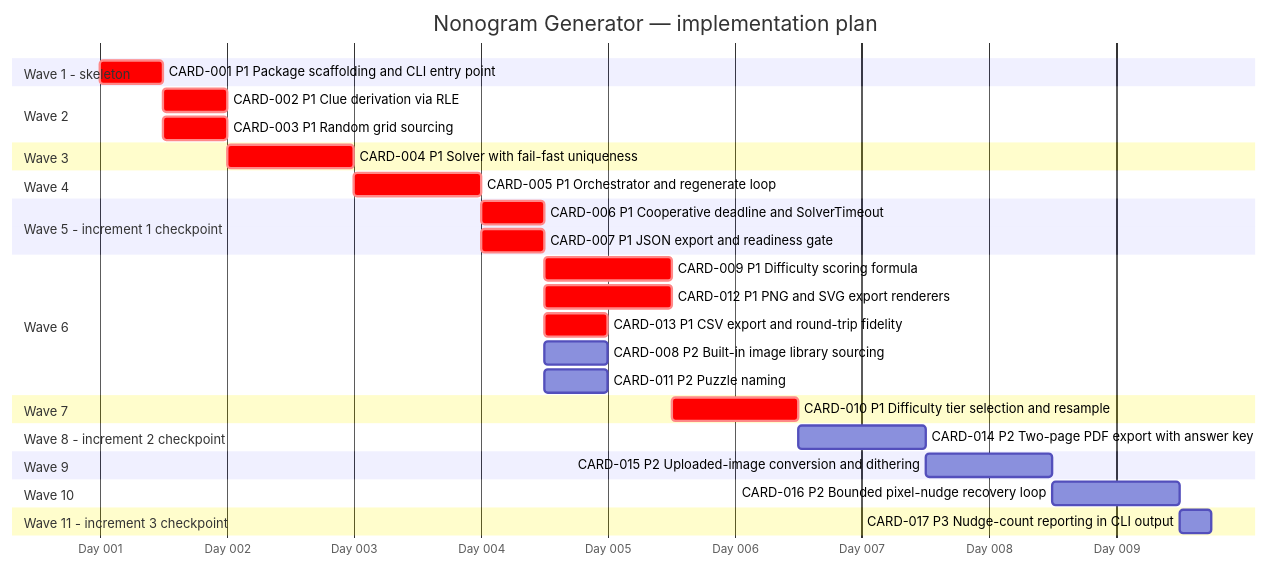
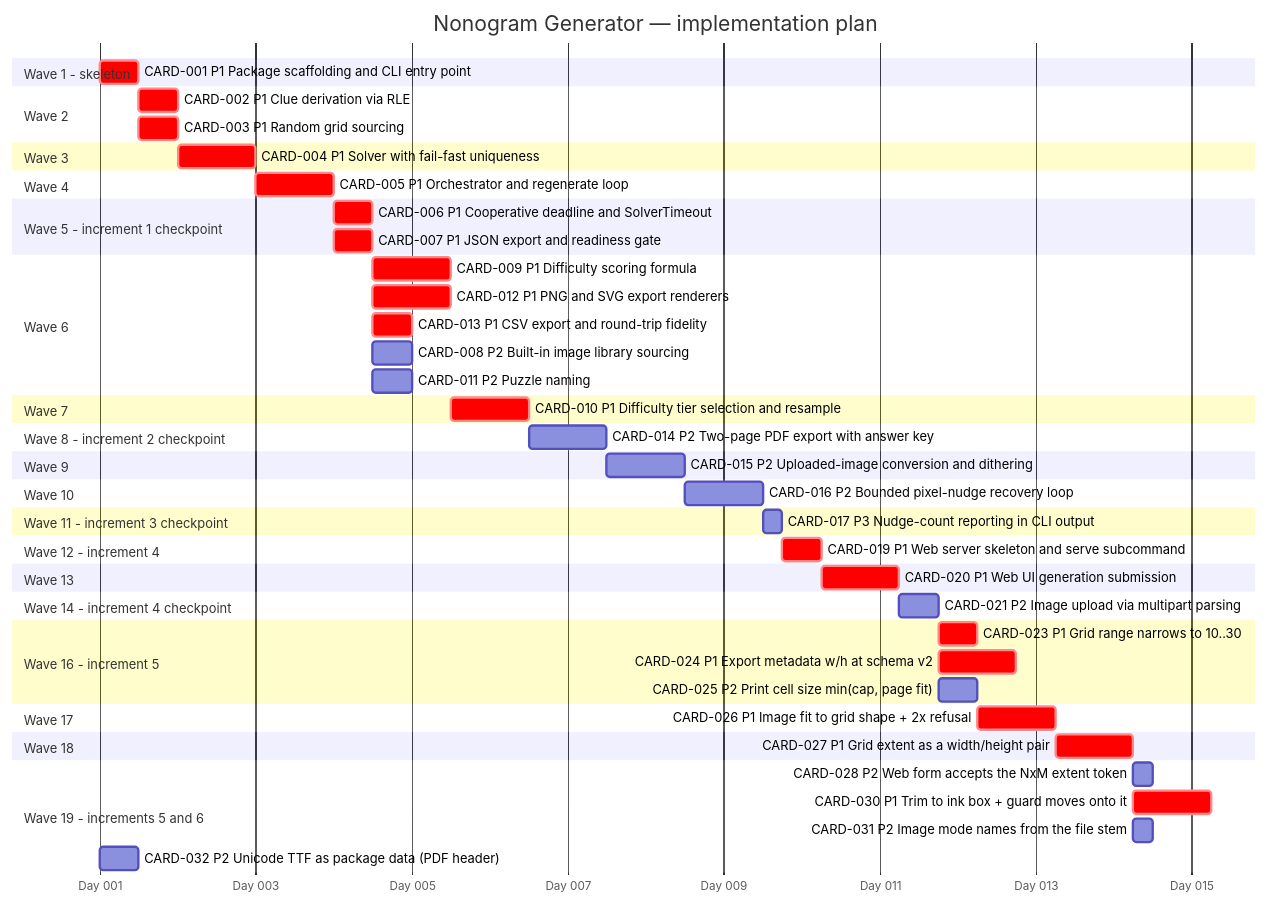
Before and after one commit to et0175/nonogram: the diagram in meta/kanban/gantt.md, drawn with Mermaid. The commit also changed other lines of this file and 17 other files, not shown here.

First line of the commit message:
feat(kanban): decompose Increment 6 into CARD-030..032

````diff
--- a/meta/kanban/gantt.md
+++ b/meta/kanban/gantt.md
@@ -14,45 +19,71 @@
 ```mermaid
 gantt
   title Nonogram Generator — implementation plan
   dateFormat X
   axisFormat Day %j
 
   section Wave 1 - skeleton
     CARD-001 P1 Package scaffolding and CLI entry point  :crit, card1, 0, 12h
 
   section Wave 2
     CARD-002 P1 Clue derivation via RLE                  :crit, card2, after card1, 12h
     CARD-003 P1 Random grid sourcing                     :crit, card3, after card1, 12h
 
   section Wave 3
     CARD-004 P1 Solver with fail-fast uniqueness         :crit, card4, after card2, 1d
 
   section Wave 4
     CARD-005 P1 Orchestrator and regenerate loop         :crit, card5, after card3 card4, 1d
 
   section Wave 5 - increment 1 checkpoint
     CARD-006 P1 Cooperative deadline and SolverTimeout   :crit, card6, after card4 card5, 12h
     CARD-007 P1 JSON export and readiness gate           :crit, card7, after card5, 12h
 
   section Wave 6
     CARD-009 P1 Difficulty scoring formula               :crit, card9, after card4 card6 card7, 1d
     CARD-012 P1 PNG and SVG export renderers             :crit, card12, after card6 card7, 1d
     CARD-013 P1 CSV export and round-trip fidelity       :crit, card13, after card6 card7, 12h
     CARD-008 P2 Built-in image library sourcing          :card8, after card3 card6 card7, 12h
     CARD-011 P2 Puzzle naming                            :card11, after card5 card6 card7, 12h
 
   section Wave 7
     CARD-010 P1 Difficulty tier selection and resample   :crit, card10, after card9 card11, 1d
 
   section Wave 8 - increment 2 checkpoint
     CARD-014 P2 Two-page PDF export with answer key      :card14, after card10 card12 card13, 1d
 
   section Wave 9
     CARD-015 P2 Uploaded-image conversion and dithering  :card15, after card8 card14, 1d
 
   section Wave 10
     CARD-016 P2 Bounded pixel-nudge recovery loop        :card16, after card15, 1d
 
   section Wave 11 - increment 3 checkpoint
     CARD-017 P3 Nudge-count reporting in CLI output      :card17, after card16, 6h
+
+  section Wave 12 - increment 4
+    CARD-019 P1 Web server skeleton and serve subcommand :crit, card19, after card17, 12h
+
+  section Wave 13
+    CARD-020 P1 Web UI generation submission             :crit, card20, after card19, 1d
+
+  section Wave 14 - increment 4 checkpoint
+    CARD-021 P2 Image upload via multipart parsing       :card21, after card20, 12h
+
+  section Wave 16 - increment 5
+    CARD-023 P1 Grid range narrows to 10..30             :crit, card23, after card21, 12h
+    CARD-024 P1 Export metadata w/h at schema v2         :crit, card24, after card21, 1d
+    CARD-025 P2 Print cell size min(cap, page fit)       :card25, after card21, 12h
+
+  section Wave 17
+    CARD-026 P1 Image fit to grid shape + 2x refusal     :crit, card26, after card23, 1d
+
+  section Wave 18
+    CARD-027 P1 Grid extent as a width/height pair       :crit, card27, after card23 card24 card26, 1d
+
+  section Wave 19 - increments 5 and 6
+    CARD-028 P2 Web form accepts the NxM extent token    :card28, after card20 card27, 6h
+    CARD-030 P1 Trim to ink box + guard moves onto it    :crit, card30, after card27, 1d
+    CARD-031 P2 Image mode names from the file stem      :card31, after card27, 6h
+    CARD-032 P2 Unicode TTF as package data (PDF header) :card32, 0, 12h
 ```
````
